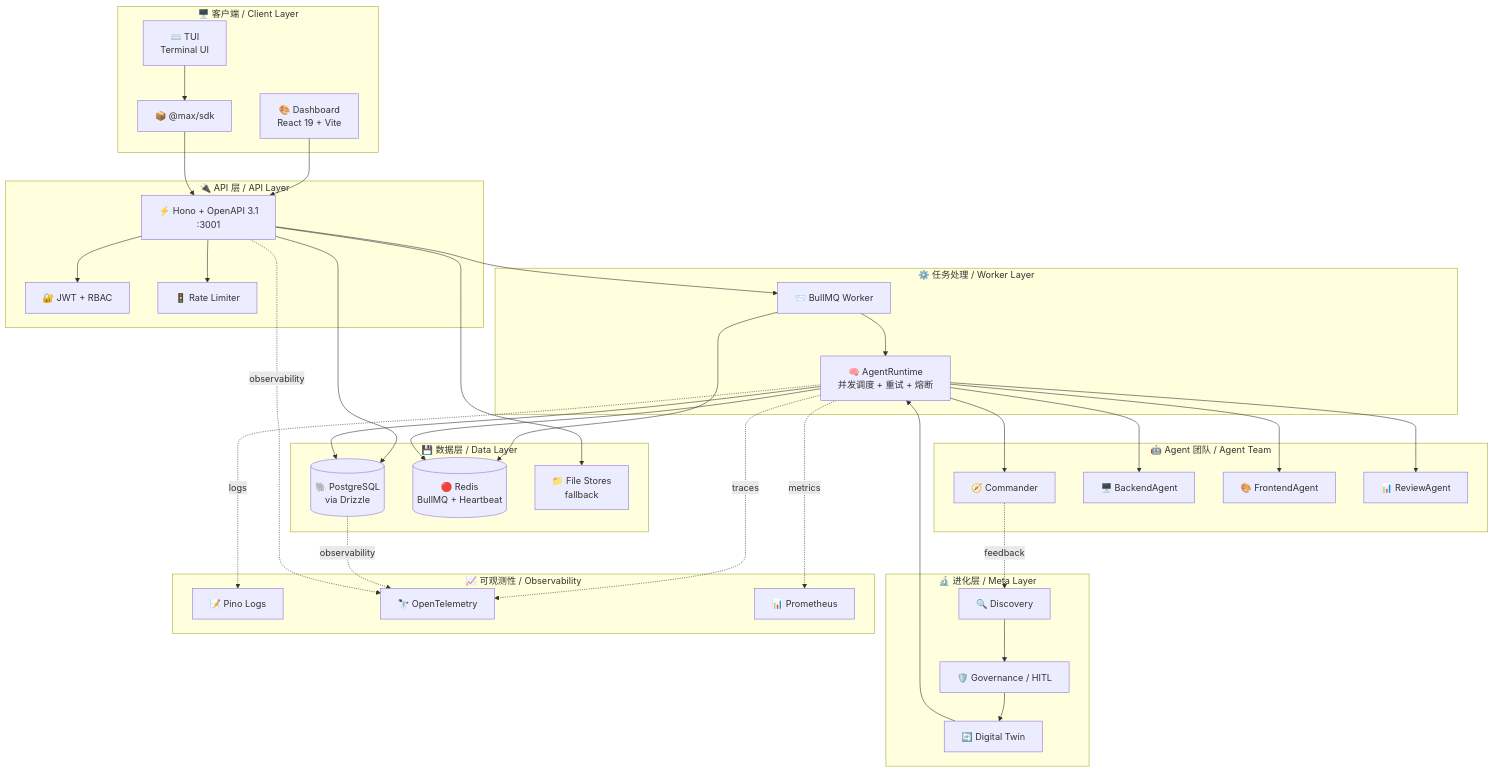
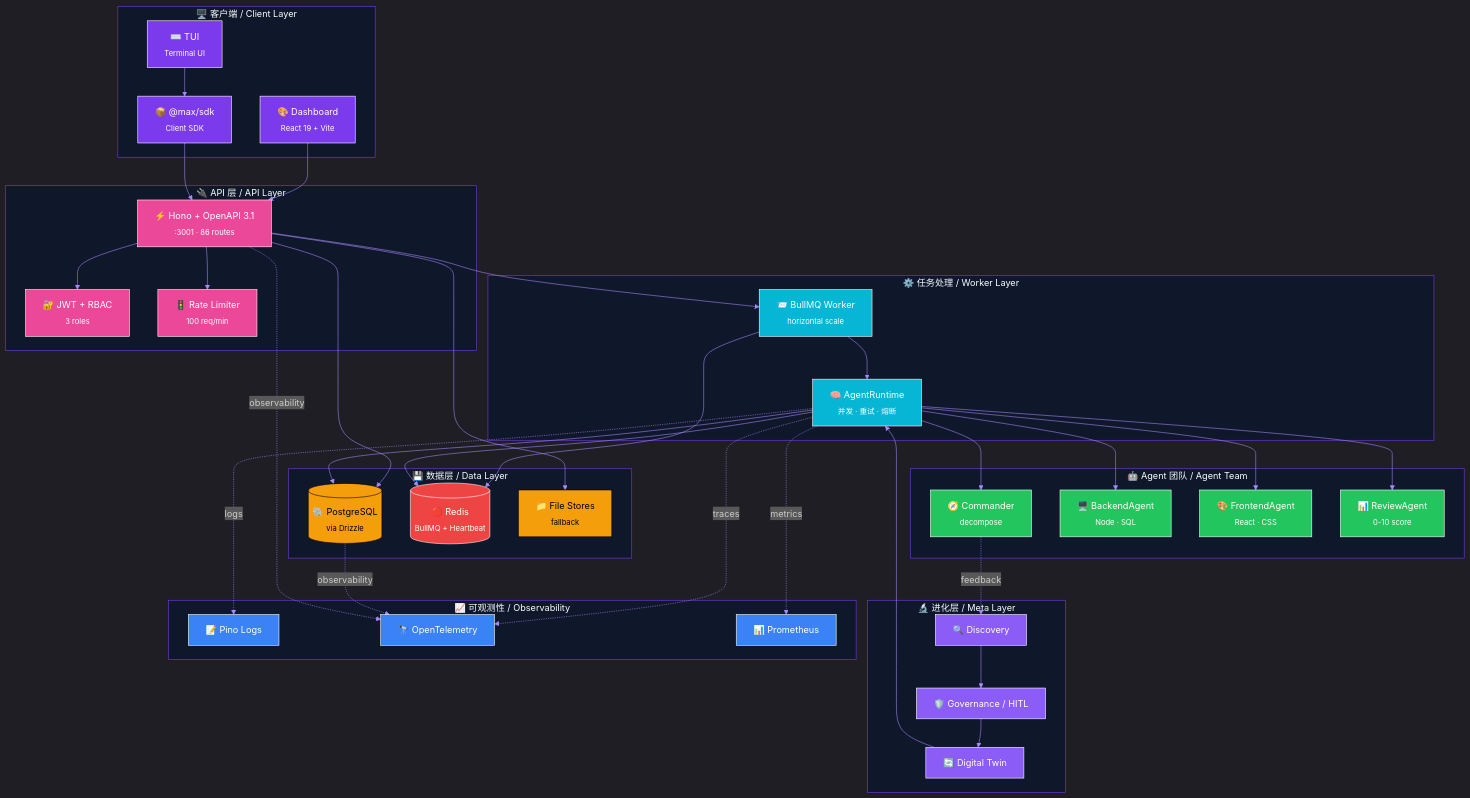
The second of 2 diagrams in README.md (syxscott/Maximilian), drawn with Mermaid before and after one commit. The commit also changed other lines of this file, not shown here.

````diff
--- a/README.md
+++ b/README.md
@@ -177,45 +444,46 @@
 ```mermaid
+%%{init: {'theme':'dark', 'themeVariables': {'primaryColor':'#7c3aed','primaryTextColor':'#fff','primaryBorderColor':'#a78bfa','lineColor':'#a78bfa','secondaryColor':'#1f2937','tertiaryColor':'#374151','clusterBkg':'#0f172a','clusterBorder':'#7c3aed'}}}%%
 flowchart TB
     subgraph Client["🖥️ 客户端 / Client Layer"]
-        UI[🎨 Dashboard<br/>React 19 + Vite]
-        TUI[⌨️ TUI<br/>Terminal UI]
-        SDK[📦 @max/sdk]
+        UI["🎨 Dashboard<br/><sub>React 19 + Vite</sub>"]
+        TUI["⌨️ TUI<br/><sub>Terminal UI</sub>"]
+        SDK["📦 @max/sdk<br/><sub>Client SDK</sub>"]
     end
 
     subgraph API["🔌 API 层 / API Layer"]
-        HONO[⚡ Hono + OpenAPI 3.1<br/>:3001]
-        AUTH[🔐 JWT + RBAC]
-        RATE[🚦 Rate Limiter]
+        HONO["⚡ Hono + OpenAPI 3.1<br/><sub>:3001 · 86 routes</sub>"]
+        AUTH["🔐 JWT + RBAC<br/><sub>3 roles</sub>"]
+        RATE["🚦 Rate Limiter<br/><sub>100 req/min</sub>"]
     end
 
     subgraph Worker["⚙️ 任务处理 / Worker Layer"]
-        BULL[📨 BullMQ Worker]
-        RUNTIME[🧠 AgentRuntime<br/>并发调度 + 重试 + 熔断]
+        BULL["📨 BullMQ Worker<br/><sub>horizontal scale</sub>"]
+        RUNTIME["🧠 AgentRuntime<br/><sub>并发 · 重试 · 熔断</sub>"]
     end
 
     subgraph Agent["🤖 Agent 团队 / Agent Team"]
-        CMD[🧭 Commander]
-        BE[🖥️ BackendAgent]
-        FE[🎨 FrontendAgent]
-        RV[📊 ReviewAgent]
+        CMD["🧭 Commander<br/><sub>decompose</sub>"]
+        BE["🖥️ BackendAgent<br/><sub>Node · SQL</sub>"]
+        FE["🎨 FrontendAgent<br/><sub>React · CSS</sub>"]
+        RV["📊 ReviewAgent<br/><sub>0-10 score</sub>"]
     end
 
     subgraph Meta["🔬 进化层 / Meta Layer"]
-        DISC[🔍 Discovery]
-        GOV[🛡️ Governance / HITL]
-        TWIN[🔄 Digital Twin]
+        DISC["🔍 Discovery"]
+        GOV["🛡️ Governance / HITL"]
+        TWIN["🔄 Digital Twin"]
     end
 
     subgraph Data["💾 数据层 / Data Layer"]
-        PG[(🐘 PostgreSQL<br/>via Drizzle)]
-        REDIS[(🔴 Redis<br/>BullMQ + Heartbeat)]
-        FS[📁 File Stores<br/>fallback]
+        PG[("🐘 PostgreSQL<br/><sub>via Drizzle</sub>")]
+        REDIS[("🔴 Redis<br/><sub>BullMQ + Heartbeat</sub>")]
+        FS["📁 File Stores<br/><sub>fallback</sub>"]
     end
 
     subgraph Obs["📈 可观测性 / Observability"]
-        LOGS[📝 Pino Logs]
-        TRACE[🔭 OpenTelemetry]
-        PROM[📊 Prometheus]
+        LOGS["📝 Pino Logs"]
+        TRACE["🔭 OpenTelemetry"]
+        PROM["📊 Prometheus"]
     end
 
     UI --> HONO
@@ -242,4 +510,26 @@
     DISC --> GOV
     GOV --> TWIN
     TWIN --> RUNTIME
+
+    style UI fill:#7c3aed,stroke:#fff,color:#fff
+    style TUI fill:#7c3aed,stroke:#fff,color:#fff
+    style SDK fill:#7c3aed,stroke:#fff,color:#fff
+    style HONO fill:#ec4899,stroke:#fff,color:#fff
+    style AUTH fill:#ec4899,stroke:#fff,color:#fff
+    style RATE fill:#ec4899,stroke:#fff,color:#fff
+    style BULL fill:#06b6d4,stroke:#fff,color:#fff
+    style RUNTIME fill:#06b6d4,stroke:#fff,color:#fff
+    style CMD fill:#22c55e,stroke:#fff,color:#fff
+    style BE fill:#22c55e,stroke:#fff,color:#fff
+    style FE fill:#22c55e,stroke:#fff,color:#fff
+    style RV fill:#22c55e,stroke:#fff,color:#fff
+    style DISC fill:#8b5cf6,stroke:#fff,color:#fff
+    style GOV fill:#8b5cf6,stroke:#fff,color:#fff
+    style TWIN fill:#8b5cf6,stroke:#fff,color:#fff
+    style PG fill:#f59e0b,stroke:#000,color:#000
+    style REDIS fill:#ef4444,stroke:#fff,color:#fff
+    style FS fill:#f59e0b,stroke:#000,color:#000
+    style LOGS fill:#3b82f6,stroke:#fff,color:#fff
+    style TRACE fill:#3b82f6,stroke:#fff,color:#fff
+    style PROM fill:#3b82f6,stroke:#fff,color:#fff
 ```
````
